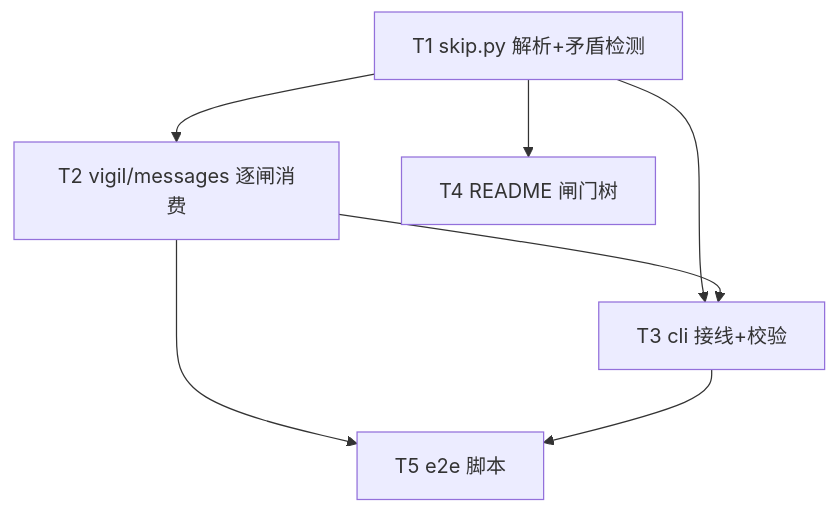
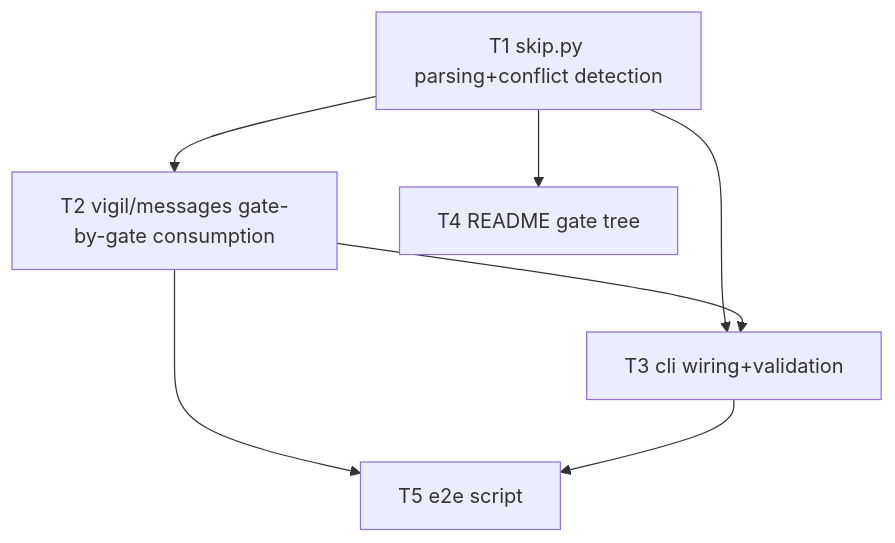
One commit to Curry09/OpenAgents changed the diagram in docs/specs/0054-vigil-skip-gate-bypass.md. Above: the diagram before and after it, drawn with Mermaid. The commit also changed other lines of this file and 461 other files, not shown here.

````diff
--- a/docs/specs/0054-vigil-skip-gate-bypass.md
+++ b/docs/specs/0054-vigil-skip-gate-bypass.md
@@ -200,9 +201,9 @@
 ```mermaid
 graph TD
-    T1[T1 skip.py 解析+矛盾检测] --> T2[T2 vigil/messages 逐闸消费]
-    T1 --> T3[T3 cli 接线+校验]
-    T1 --> T4[T4 README 闸门树]
+    T1[T1 skip.py parsing+conflict detection] --> T2[T2 vigil/messages gate-by-gate consumption]
+    T1 --> T3[T3 cli wiring+validation]
+    T1 --> T4[T4 README gate tree]
     T2 --> T3
-    T2 --> T5[T5 e2e 脚本]
+    T2 --> T5[T5 e2e script]
     T3 --> T5
 ```
````
